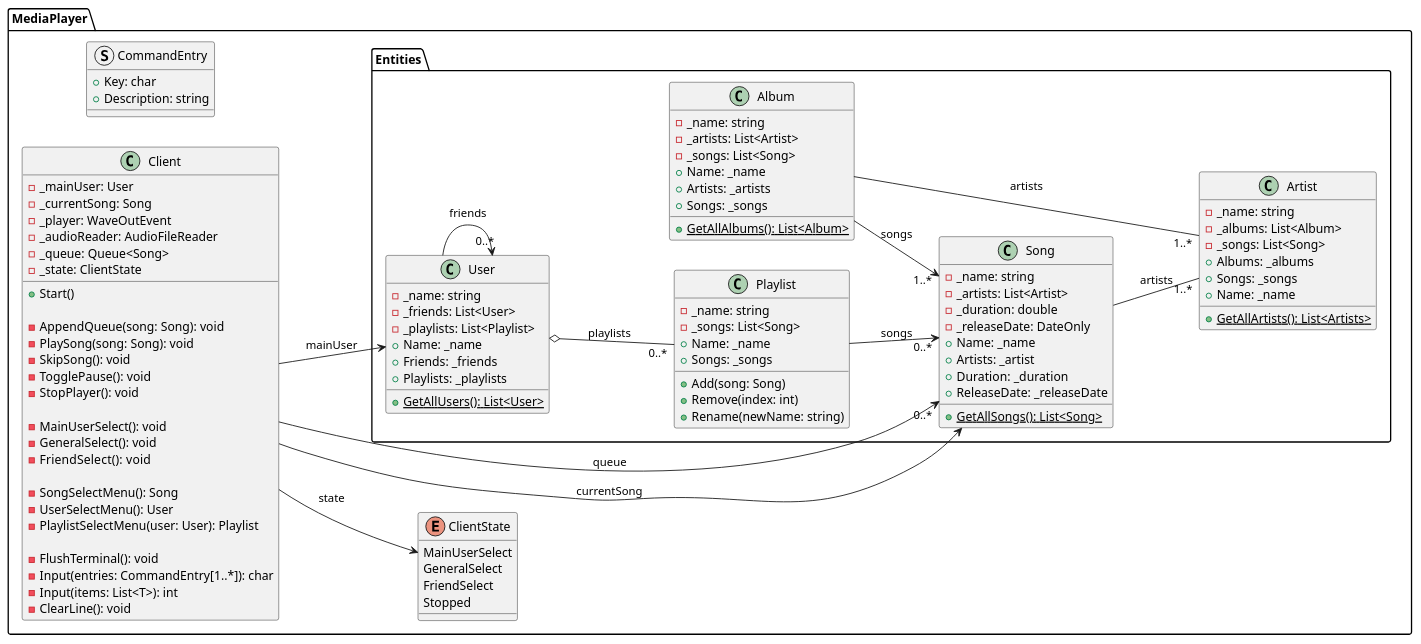
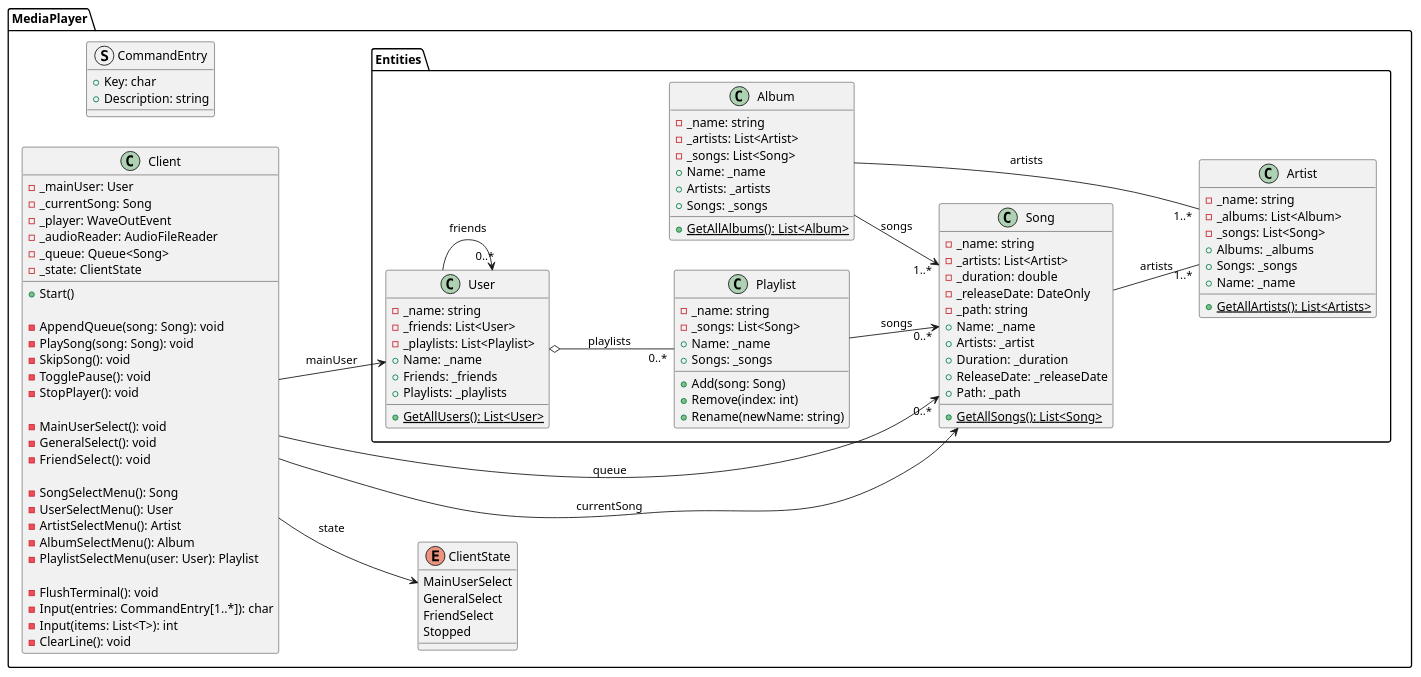
The diagram in class-diagram.puml (A-A-Tel/media-player), drawn with PlantUML before and after one commit.

Commit message:
added missing functions in existing diagram

```diff
--- a/class-diagram.puml
+++ b/class-diagram.puml
@@ -1,128 +1,132 @@
 @startuml
 left to right direction
 
 namespace MediaPlayer {
 
     enum ClientState {
         MainUserSelect
         GeneralSelect
         FriendSelect
         Stopped
     }
     
     struct CommandEntry {
         + Key: char
         + Description: string
     }
     
     class Client {
         - _mainUser: User
         - _currentSong: Song
         - _player: WaveOutEvent
         - _audioReader: AudioFileReader
         - _queue: Queue<Song>
         - _state: ClientState
         
         + Start()
         
         ' commands
         - AppendQueue(song: Song): void
         - PlaySong(song: Song): void
         - SkipSong(): void
         - TogglePause(): void
         - StopPlayer(): void
         
         ' state
         - MainUserSelect(): void
         - GeneralSelect(): void
         - FriendSelect():  void
         
         ' menus
         - SongSelectMenu(): Song
         - UserSelectMenu(): User
+        - ArtistSelectMenu(): Artist
+        - AlbumSelectMenu(): Album
         - PlaylistSelectMenu(user: User): Playlist
         
         ' helpers
         - FlushTerminal(): void
         - Input(entries: CommandEntry[1..*]): char
         - Input(items: List<T>): int
         - ClearLine(): void
     }
     
     namespace Entities {
     
         class Song {
             - _name: string
             - _artists: List<Artist>
             - _duration: double
             - _releaseDate: DateOnly
+            - _path: string
             + Name: _name
             + Artists: _artist
             + Duration: _duration
             + ReleaseDate: _releaseDate
+            + Path: _path
             
             + GetAllSongs(): List<Song> {static}
         }
             
         class User {
             - _name: string
             - _friends: List<User>
             - _playlists: List<Playlist>
             + Name: _name
             + Friends: _friends
             + Playlists: _playlists
             
             + GetAllUsers(): List<User> {static}
         }
         
         class Playlist {
             - _name: string
             - _songs: List<Song>
             + Name: _name
             + Songs: _songs
             
             + Add(song: Song)
             + Remove(index: int)
             + Rename(newName: string)
         }
         
         class Album {
             - _name: string
             - _artists: List<Artist>
             - _songs: List<Song>
             + Name: _name
             + Artists: _artists
             + Songs: _songs
             
             + GetAllAlbums(): List<Album> {static}
         }
         
         class Artist {
             - _name: string
             - _albums: List<Album>
             - _songs: List<Song>
             + Albums: _albums
             + Songs: _songs
             + Name: _name
             
             + GetAllArtists(): List<Artists> {static}
         }
     }
 }
 
 Client --> User : mainUser
 Client --> Song : currentSong
 Client --> "0..*" Song : queue
 Client --> ClientState : state
 
 User o-- "0..*" Playlist : playlists
 User --> "0..*" User : friends
 
 Album --> "1..*" Song : songs
 Album -- "1..*" Artist : artists
 
 Playlist --> "0..*" Song : songs
 
 Song -- "1..*" Artist : artists
 
 @enduml
```
